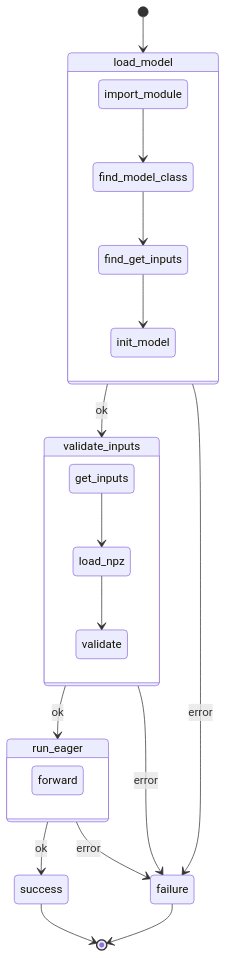
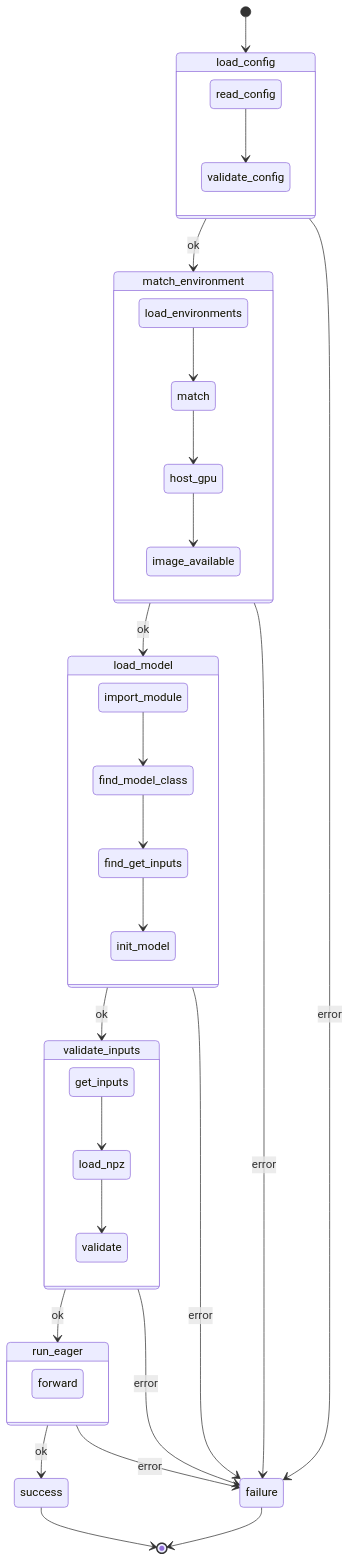
Before and after one commit to reza-rahimi-yasp/kronos-edge-v2: the diagram in architecture.md, drawn with Mermaid. The commit also changed other lines of this file and 2 other files, not shown here.

First line of the commit message:
Document the config schema, registry, and environment image

````diff
--- a/architecture.md
+++ b/architecture.md
@@ -10,25 +10,37 @@
 ```mermaid
 stateDiagram-v2
-    [*] --> load_model
+    [*] --> load_config
+    load_config --> match_environment : ok
+    load_config --> failure : error
+    match_environment --> load_model : ok
+    match_environment --> failure : error
     load_model --> validate_inputs : ok
     load_model --> failure : error
     validate_inputs --> run_eager : ok
     validate_inputs --> failure : error
     run_eager --> success : ok
     run_eager --> failure : error
     success --> [*]
     failure --> [*]
 
+    state load_config {
+        read_config --> validate_config
+    }
+    state match_environment {
+        load_environments --> match
+        match --> host_gpu
+        host_gpu --> image_available
+    }
     state load_model {
         import_module --> find_model_class
         find_model_class --> find_get_inputs
         find_get_inputs --> init_model
     }
     state validate_inputs {
         get_inputs --> load_npz
         load_npz --> validate
     }
     state run_eager {
         forward
     }
 ```
````
